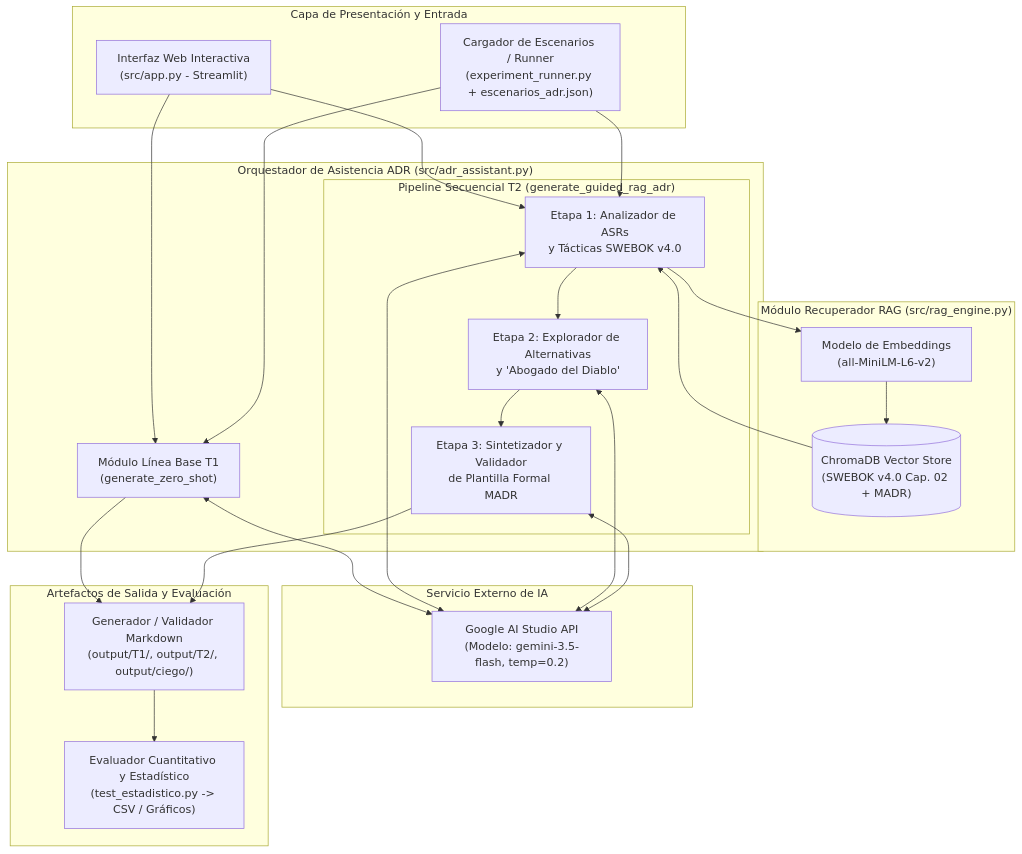
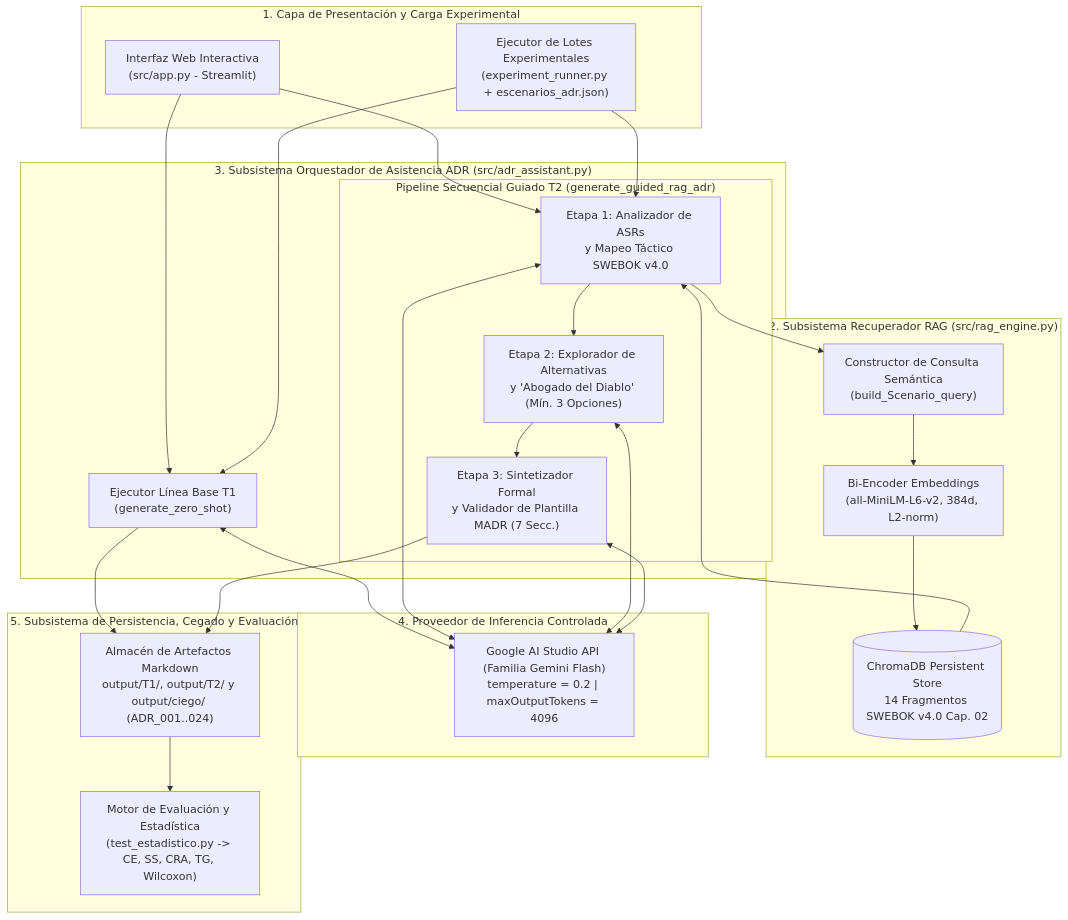
The first of 2 diagrams in documento/Aporte_Integrantes_3_y_4_Hito2.md (MauCausa/Asistente-de-Decisiones-Arquitect-nicas-ADR---TAIS), drawn with Mermaid before and after one commit. The commit also changed other lines of this file and 4 other files, not shown here.

````diff
--- a/documento/Aporte_Integrantes_3_y_4_Hito2.md
+++ b/documento/Aporte_Integrantes_3_y_4_Hito2.md
@@ -42,47 +83,49 @@
 ```mermaid
 flowchart TB
-    subgraph UI["Capa de Presentación y Entrada"]
+    subgraph UI["1. Capa de Presentación y Carga Experimental"]
         ST["Interfaz Web Interactiva\n(src/app.py - Streamlit)"]
-        ER["Cargador de Escenarios / Runner\n(experiment_runner.py + escenarios_adr.json)"]
+        ER["Ejecutor de Lotes Experimentales\n(experiment_runner.py + escenarios_adr.json)"]
     end
 
-    subgraph RAG["Módulo Recuperador RAG (src/rag_engine.py)"]
-        EMB["Modelo de Embeddings\n(all-MiniLM-L6-v2)"]
-        CDB[("ChromaDB Vector Store\n(SWEBOK v4.0 Cap. 02 + MADR)")]
+    subgraph RAG["2. Subsistema Recuperador RAG (src/rag_engine.py)"]
+        QB["Constructor de Consulta Semántica\n(build_Scenario_query)"]
+        EMB["Bi-Encoder Embeddings\n(all-MiniLM-L6-v2, 384d, L2-norm)"]
+        CDB[("ChromaDB Persistent Store\n14 Fragmentos SWEBOK v4.0 Cap. 02")]
     end
 
-    subgraph ORQ["Orquestador de Asistencia ADR (src/adr_assistant.py)"]
-        T1["Módulo Línea Base T1\n(generate_zero_shot)"]
-        subgraph T2["Pipeline Secuencial T2 (generate_guided_rag_adr)"]
-            P1["Etapa 1: Analizador de ASRs\ny Tácticas SWEBOK v4.0"]
-            P2["Etapa 2: Explorador de Alternativas\ny 'Abogado del Diablo'"]
-            P3["Etapa 3: Sintetizador y Validador\nde Plantilla Formal MADR"]
+    subgraph ORQ["3. Subsistema Orquestador de Asistencia ADR (src/adr_assistant.py)"]
+        T1["Ejecutor Línea Base T1\n(generate_zero_shot)"]
+        subgraph T2["Pipeline Secuencial Guiado T2 (generate_guided_rag_adr)"]
+            P1["Etapa 1: Analizador de ASRs\ny Mapeo Táctico SWEBOK v4.0"]
+            P2["Etapa 2: Explorador de Alternativas\ny 'Abogado del Diablo' (Mín. 3 Opciones)"]
+            P3["Etapa 3: Sintetizador Formal\ny Validador de Plantilla MADR (7 Secc.)"]
         end
     end
 
-    subgraph EXT["Servicio Externo de IA"]
-        LLM["Google AI Studio API\n(Modelo: gemini-3.5-flash, temp=0.2)"]
+    subgraph EXT["4. Proveedor de Inferencia Controlada"]
+        LLM["Google AI Studio API (Familia Gemini Flash)\ntemperature = 0.2 | maxOutputTokens = 4096"]
     end
 
-    subgraph OUT["Artefactos de Salida y Evaluación"]
-        MD["Generador / Validador Markdown\n(output/T1/, output/T2/, output/ciego/)"]
-        EV["Evaluador Cuantitativo y Estadístico\n(test_estadistico.py -> CSV / Gráficos)"]
+    subgraph OUT["5. Subsistema de Persistencia, Cegado y Evaluación"]
+        MD["Almacén de Artefactos Markdown\noutput/T1/, output/T2/ y output/ciego/ (ADR_001..024)"]
+        EV["Motor de Evaluación y Estadística\n(test_estadistico.py -> CE, SS, CRA, TG, Wilcoxon)"]
     end
 
     ST --> T1
     ST --> P1
     ER --> T1
     ER --> P1
-    P1 --> EMB
+    P1 --> QB
+    QB --> EMB
     EMB --> CDB
     CDB --> P1
     P1 --> P2
     P2 --> P3
     T1 <--> LLM
     P1 <--> LLM
     P2 <--> LLM
     P3 <--> LLM
     T1 --> MD
     P3 --> MD
     MD --> EV
 ```
````
